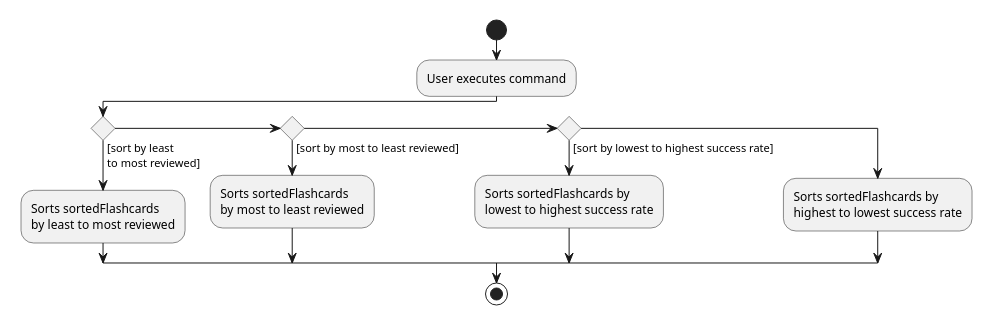
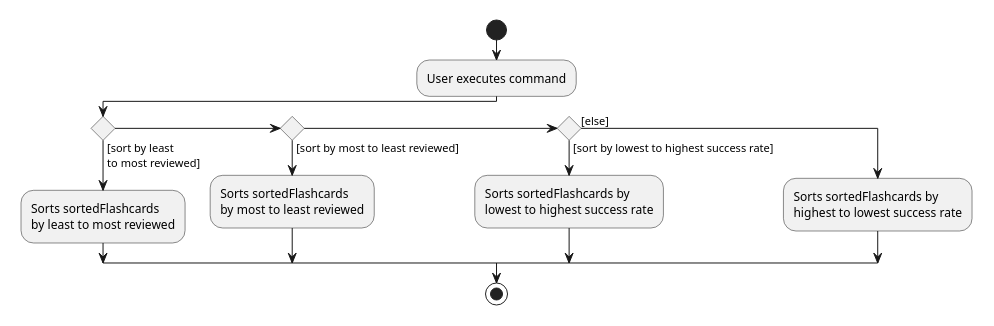
One commit to nus-cs2103-AY2021S1/tp changed the diagram in docs/diagrams/SortActivityDiagram.puml. Above: the diagram before and after it, drawn with PlantUML. The commit also changed 3 other files, not shown here.

Commit message:
Clean up model and sort activity diagram

```diff
--- a/docs/diagrams/SortActivityDiagram.puml
+++ b/docs/diagrams/SortActivityDiagram.puml
@@ -1,24 +1,24 @@
 @startuml
 scale 0.5
 start
 :User executes command;
 
 'Since the beta syntax does not support placing the condition outside the
 'diamond we place it as the true branch instead.
 
 if () then ([sort by least
 to most reviewed])
     :Sorts sortedFlashcards
     by least to most reviewed;
 elseif () then ([sort by most to least reviewed])
        :Sorts sortedFlashcards
        by most to least reviewed;
 elseif () then ([sort by lowest to highest success rate])
     :Sorts sortedFlashcards by
     lowest to highest success rate;
-else
+else ([else])
     :Sorts sortedFlashcards by
     highest to lowest success rate;
 endif
 stop
 @enduml
```
